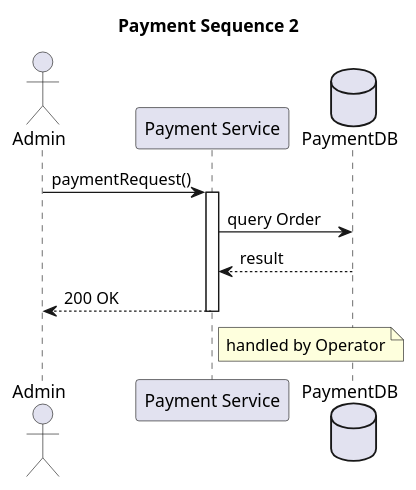
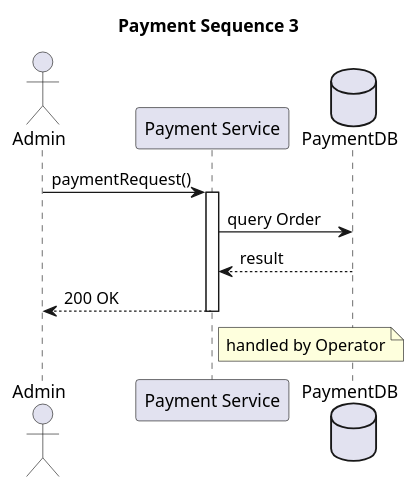
The diagram in 002_sequence_payment.md (TTihomir/PlantUML-diagrams), drawn with PlantUML before and after one commit.

Commit message:
Update payment sequence title from '2' to '3'

````diff
--- a/002_sequence_payment.md
+++ b/002_sequence_payment.md
@@ -3,15 +3,15 @@
 ```plantuml
 @startuml
-title Payment Sequence 2
+title Payment Sequence 3
 actor Admin as A
 participant "Payment Service" as S
 database "PaymentDB" as DB
 A -> S : paymentRequest()
 activate S
 S -> DB : query Order
 DB --> S : result
 S --> A : 200 OK
 deactivate S
 note right of S : handled by Operator
 @enduml
 ```
````
